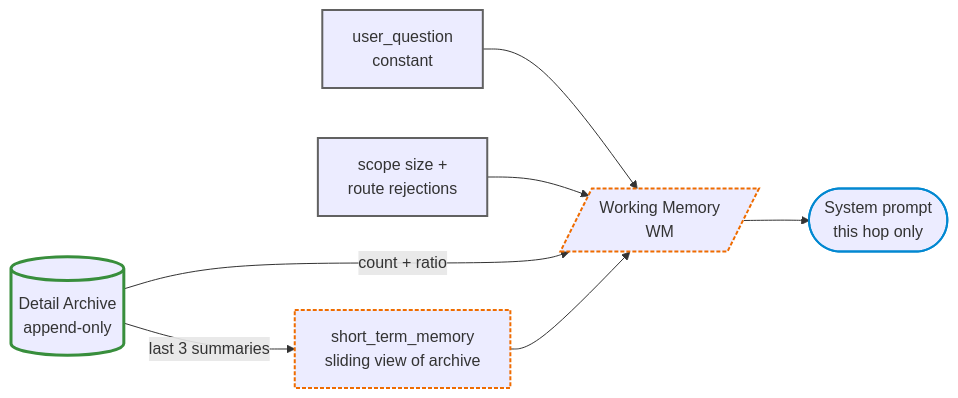
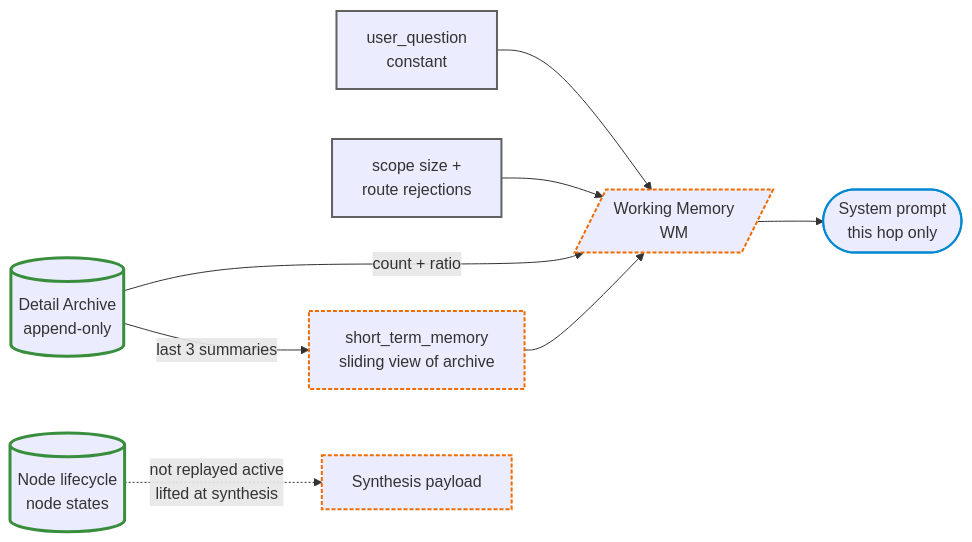
One commit to ChrisDevRepo/vscode_data_lineage changed the fourth of 7 diagrams in docs/ARCHITECTURE.md. Above: the diagram before and after it, drawn with Mermaid. The commit also changed other lines of this file and 27 other files, not shown here.

Commit message:
fix(ai): track sm node lifecycle

````diff
--- a/docs/ARCHITECTURE.md
+++ b/docs/ARCHITECTURE.md
@@ -199,18 +201,20 @@
 ```mermaid
 flowchart LR
     UQ[user_question<br/>constant]:::const
     DA[(Detail Archive<br/>append-only)]:::persistent
+    NS[(Node lifecycle<br/>node states)]:::persistent
     SCOPE[scope size +<br/>route rejections]:::const
 
     UQ --> WM
     SCOPE --> WM[/Working Memory<br/>WM/]:::wm
     DA -->|count + ratio| WM
     DA -->|last 3 summaries| STM[short_term_memory<br/>sliding view of archive]:::wm
+    NS -.->|not replayed active<br/>lifted at synthesis| SYN[Synthesis payload]:::wm
     STM --> WM
     WM --> PROMPT([System prompt<br/>this hop only]):::prompt
 
     classDef const stroke:#616161,stroke-width:2px
     classDef persistent stroke:#388e3c,stroke-width:3px
     classDef wm stroke:#ef6c00,stroke-width:2px,stroke-dasharray:4 2
     classDef prompt stroke:#0288d1,stroke-width:2px
 ```
````
